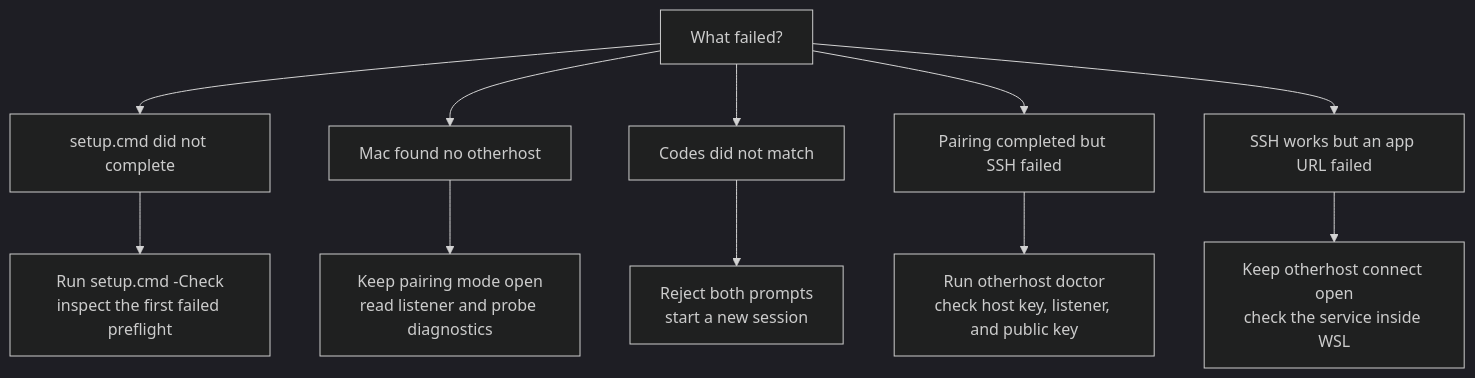
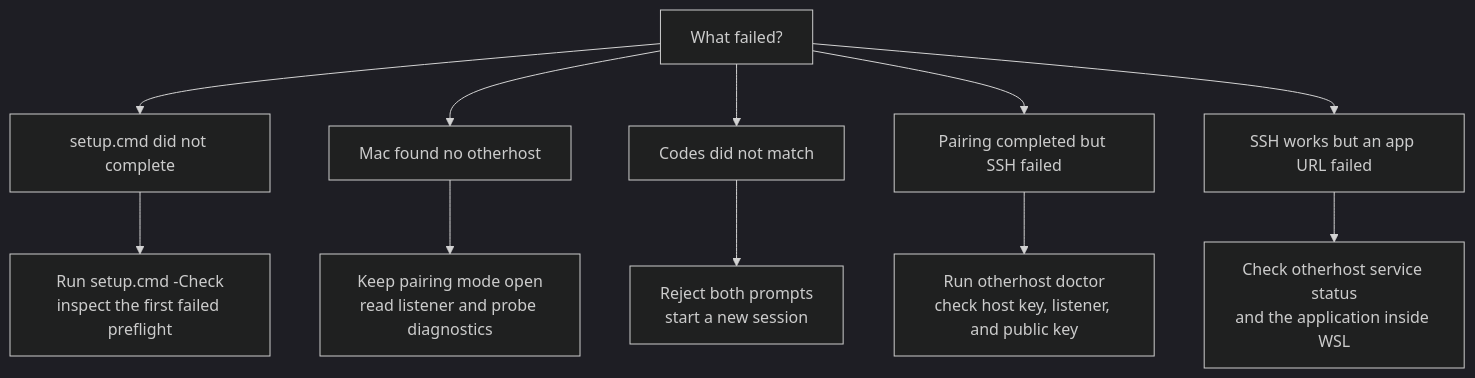
Before and after one commit to M3ndes/otherhost: the diagram in docs/troubleshooting.md, drawn with Mermaid (dark theme). The commit also changed other lines of this file and 18 other files, not shown here.

````diff
--- a/docs/troubleshooting.md
+++ b/docs/troubleshooting.md
@@ -8,15 +8,15 @@
 ```mermaid
 flowchart TD
     Start["What failed?"]
     Setup["setup.cmd did not complete"]
     Find["Mac found no otherhost"]
     Code["Codes did not match"]
     SSH["Pairing completed but SSH failed"]
     App["SSH works but an app URL failed"]
 
     Start --> Setup --> SetupCheck["Run setup.cmd -Check<br/>inspect the first failed preflight"]
     Start --> Find --> DiscoverCheck["Keep pairing mode open<br/>read listener and probe diagnostics"]
     Start --> Code --> Reject["Reject both prompts<br/>start a new session"]
     Start --> SSH --> Doctor["Run otherhost doctor<br/>check host key, listener, and public key"]
-    Start --> App --> Service["Keep otherhost connect open<br/>check the service inside WSL"]
+    Start --> App --> Service["Check otherhost service status<br/>and the application inside WSL"]
 ```
````
